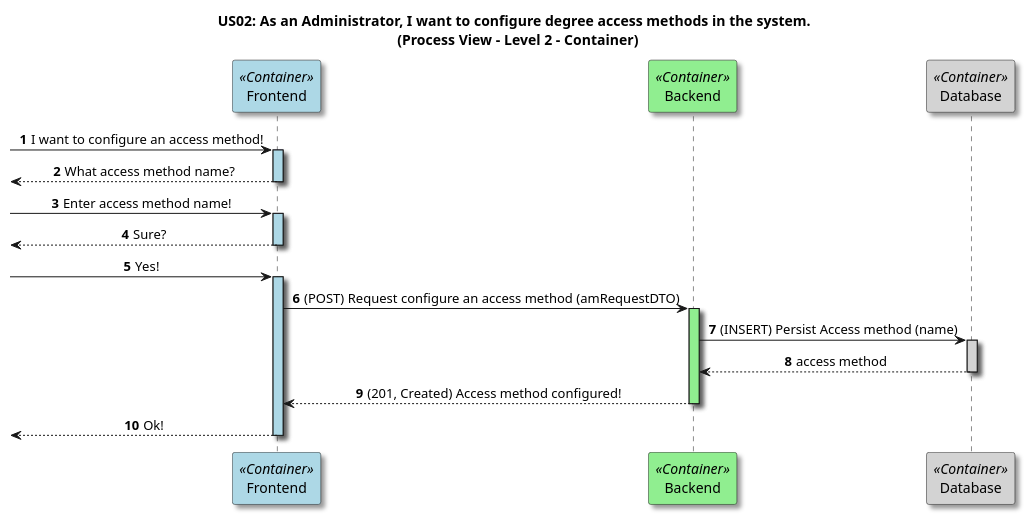
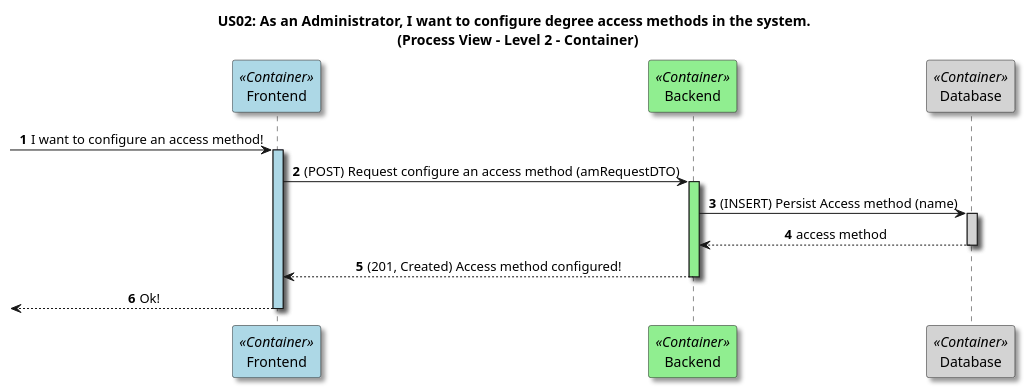
Before and after one commit to GasparISEP/DevOps-PAI: the diagram in docs/US02/Sprint6_RestAPI/ProcessView/Level2.puml, drawn with PlantUML.

Commit message:
fix(diagrams): update Process ViewLevel2 diagram for improved clarity in access method configuration flow (#538 #555)

```diff
--- a/docs/US02/Sprint6_RestAPI/ProcessView/Level2.puml
+++ b/docs/US02/Sprint6_RestAPI/ProcessView/Level2.puml
@@ -1,44 +1,40 @@
 @startuml
 title US02: As an Administrator, I want to configure degree access methods in the system. \n (Process View - Level 2 - Container)
 
 skinparam defaultTextAlignment center
 skinparam shadowing true
 
 autonumber
 
 
 participant "Frontend" as FE <<Container>> #LightBlue
 participant "Backend" as BE <<Container>> #LightGreen
 participant "Database" as DB <<Container>> #LightGray
 
 ' Início do processo
 -> FE: I want to configure an access method!
 activate FE #LightBlue
 
-<-- FE: What access method name?
-deactivate FE
 
--> FE: Enter access method name!
-activate FE #LightBlue
 
-<-- FE: Sure?
-deactivate FE
 
--> FE: Yes!
-activate FE #LightBlue
+
+
+
+
 
 FE -> BE: (POST) Request configure an access method (amRequestDTO)
 activate BE #LightGreen
 
 BE -> DB: (INSERT) Persist Access method (name)
 activate DB #LightGray
 DB --> BE: access method
 deactivate DB
 
 BE --> FE: (201, Created) Access method configured!
 deactivate BE
 
 <-- FE: Ok!
 deactivate FE
 
 @enduml
```
